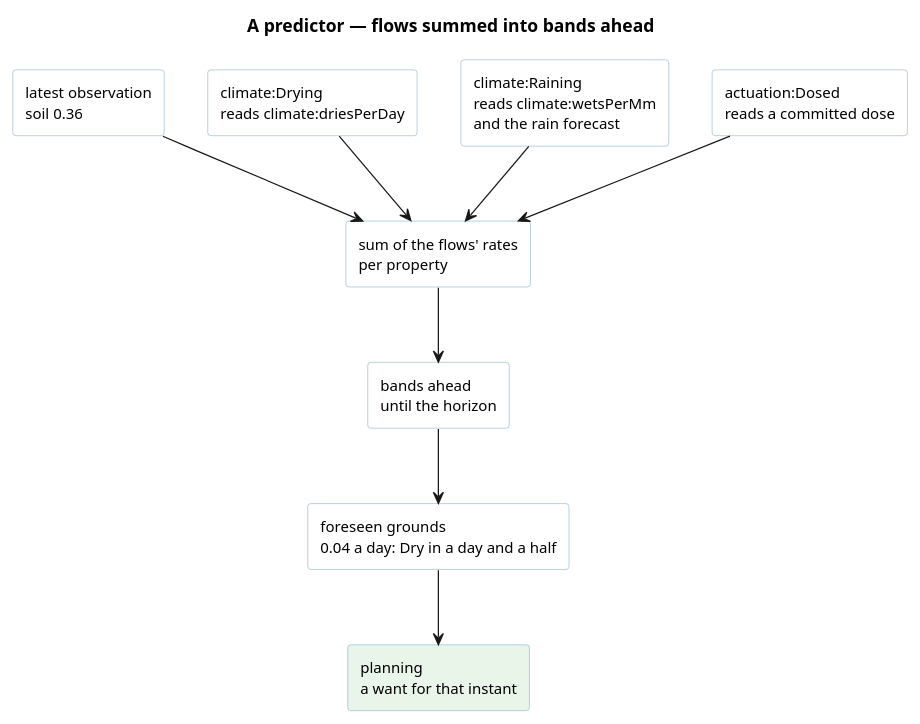
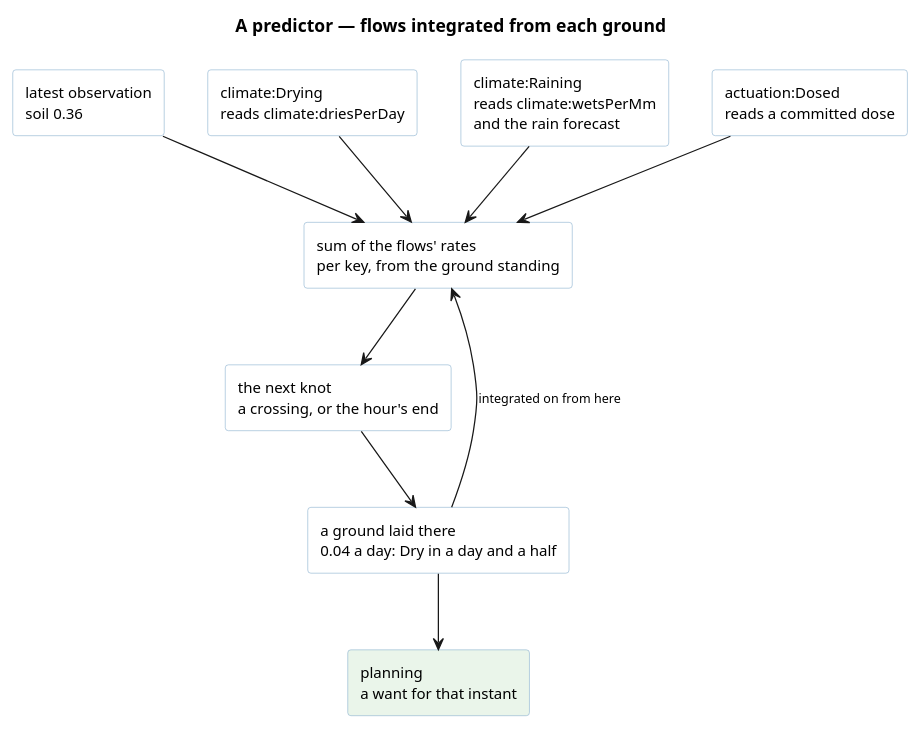
One commit to ShishkinDmitriy/orexis changed the diagram in knowledge/diagrams/runbook-predictor-flows.puml. Above: the diagram before and after it, drawn with PlantUML. The commit also changed 65 other files, not shown here.

First line of the commit message:
Integrate the flows where the ground is laid, and write no forecast of the predictor's own

```diff
--- a/knowledge/diagrams/runbook-predictor-flows.puml
+++ b/knowledge/diagrams/runbook-predictor-flows.puml
@@ -1,33 +1,34 @@
 @startuml runbook-predictor-flows
-title A predictor — flows summed into bands ahead
+title A predictor — flows integrated from each ground
 
 skinparam shadowing false
 skinparam defaultFontSize 12
 skinparam titleFontSize 14
 skinparam ArrowFontSize 10
 skinparam rectangle {
   BackgroundColor #FFFFFF
   BorderColor #8FB4D0
 }
 skinparam frame {
   BackgroundColor #F4F8FB
   BorderColor #5B8DB8
 }
 
 rectangle "latest observation\nsoil 0.36" as OBS
 rectangle "climate:Drying\nreads climate:driesPerDay" as D1
 rectangle "climate:Raining\nreads climate:wetsPerMm\nand the rain forecast" as D2
 rectangle "actuation:Dosed\nreads a committed dose" as D3
-rectangle "sum of the flows' rates\nper property" as SUM
-rectangle "bands ahead\nuntil the horizon" as BANDS
-rectangle "foreseen grounds\n0.04 a day: Dry in a day and a half" as G
+rectangle "sum of the flows' rates\nper key, from the ground standing" as SUM
+rectangle "the next knot\na crossing, or the hour's end" as BANDS
+rectangle "a ground laid there\n0.04 a day: Dry in a day and a half" as G
 rectangle "planning\na want for that instant" as P #EAF5EA
 
 OBS --> SUM
 D1 --> SUM
 D2 --> SUM
 D3 --> SUM
 SUM --> BANDS
 BANDS --> G
+G --> SUM : integrated on from here
 G --> P
 @enduml
```
